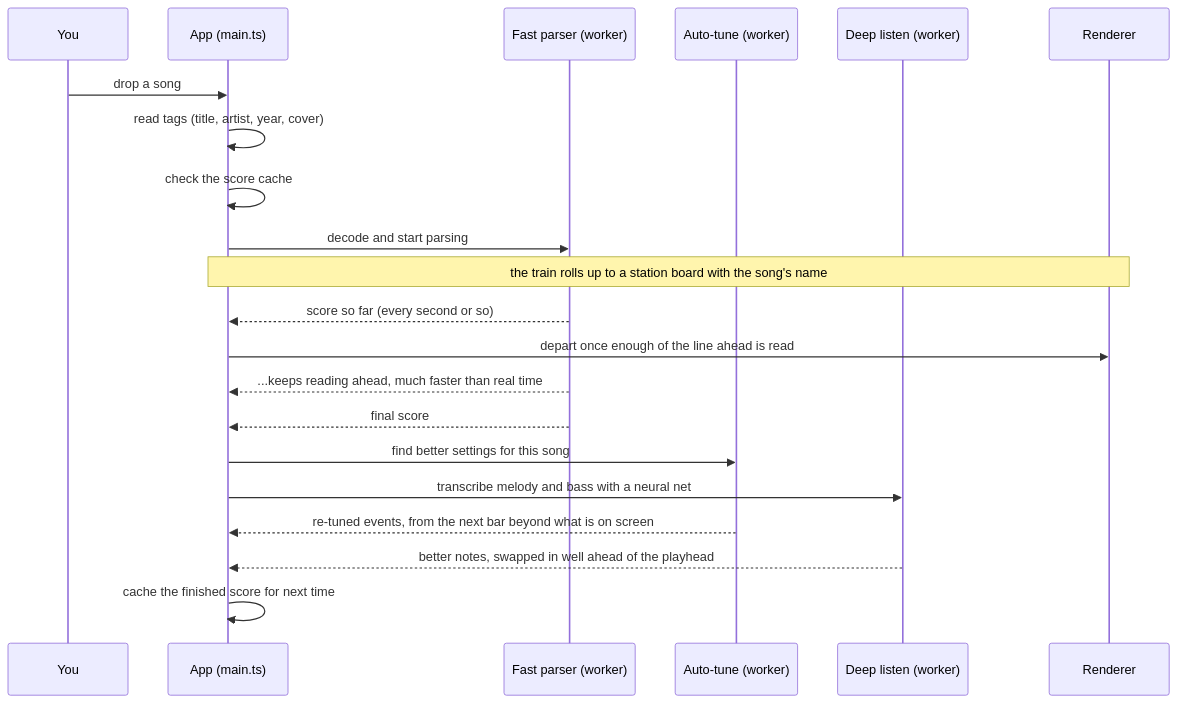
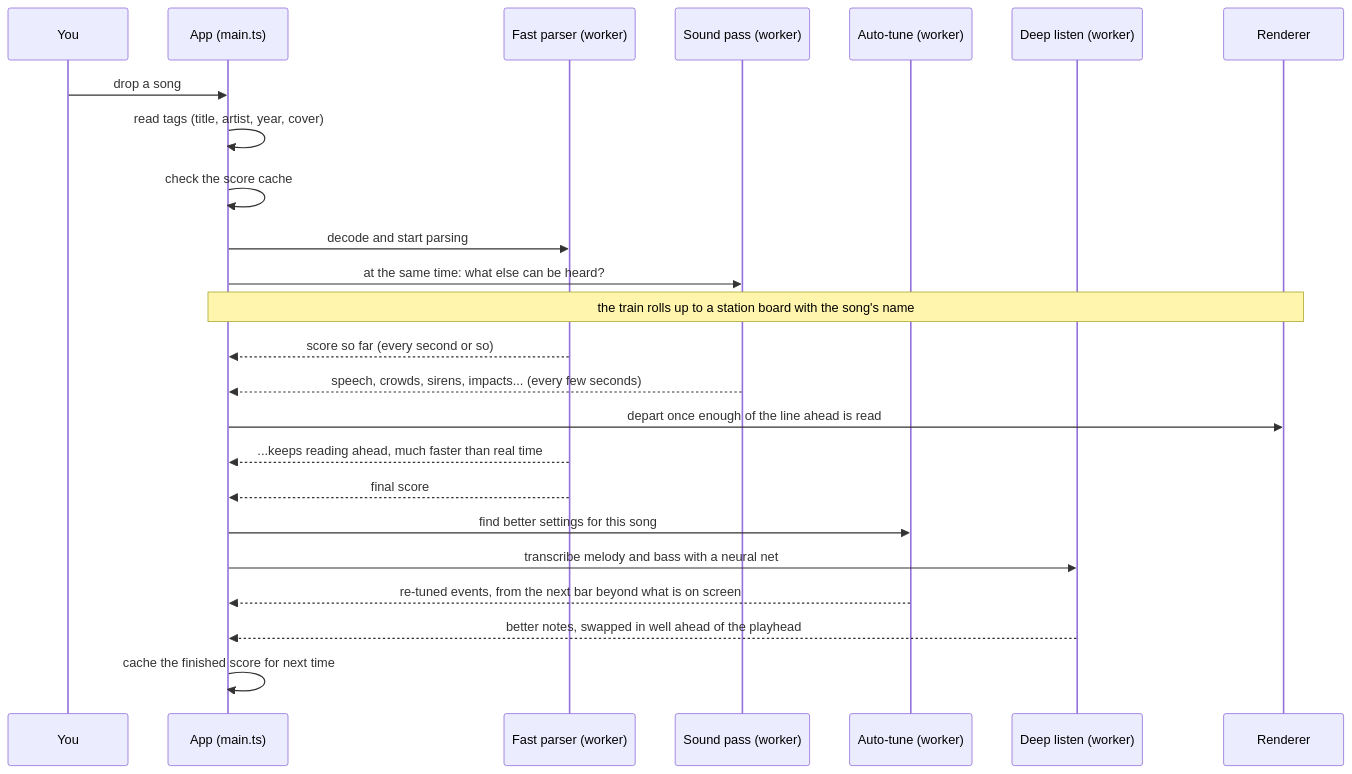
Before and after one commit to FrunkQ/gondryator: the second of 8 diagrams in docs/TECHNOLOGY.md, drawn with Mermaid. The commit also changed other lines of this file and 16 other files, not shown here.

First line of the commit message:
Sound pass: YAMNet recognises speech, singing, crowds, sirens, impacts and more, from the first second

````diff
--- a/docs/TECHNOLOGY.md
+++ b/docs/TECHNOLOGY.md
@@ -23,24 +23,27 @@
 ```mermaid
 sequenceDiagram
     participant You
     participant App as App (main.ts)
     participant Fast as Fast parser (worker)
+    participant Snd as Sound pass (worker)
     participant Tune as Auto-tune (worker)
     participant Deep as Deep listen (worker)
     participant Ride as Renderer
 
     You->>App: drop a song
     App->>App: read tags (title, artist, year, cover)
     App->>App: check the score cache
     App->>Fast: decode and start parsing
+    App->>Snd: at the same time: what else can be heard?
     Note over App,Ride: the train rolls up to a station board with the song's name
     Fast-->>App: score so far (every second or so)
+    Snd-->>App: speech, crowds, sirens, impacts... (every few seconds)
     App->>Ride: depart once enough of the line ahead is read
     Fast-->>App: ...keeps reading ahead, much faster than real time
     Fast-->>App: final score
     App->>Tune: find better settings for this song
     App->>Deep: transcribe melody and bass with a neural net
     Tune-->>App: re-tuned events, from the next bar beyond what is on screen
     Deep-->>App: better notes, swapped in well ahead of the playhead
     App->>App: cache the finished score for next time
 ```
````
